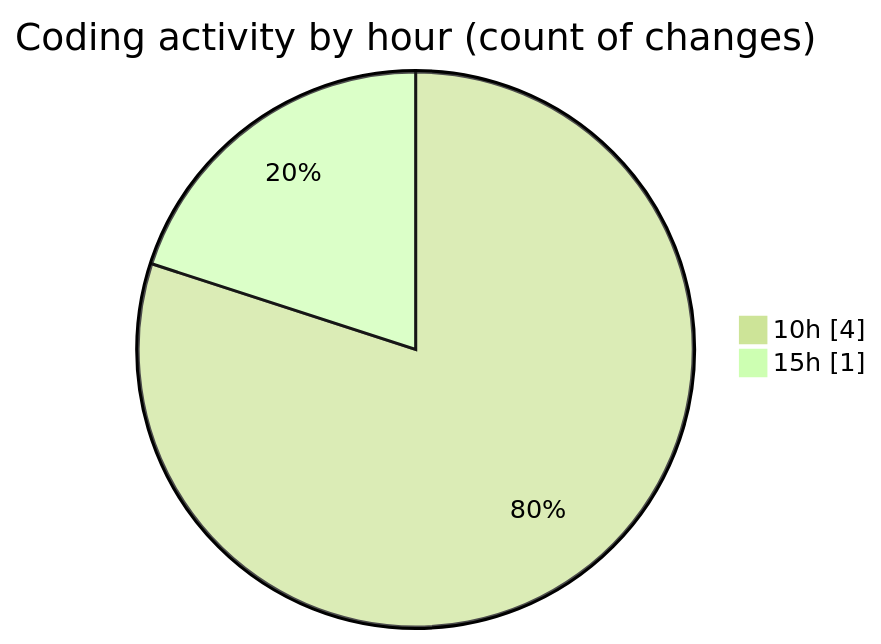
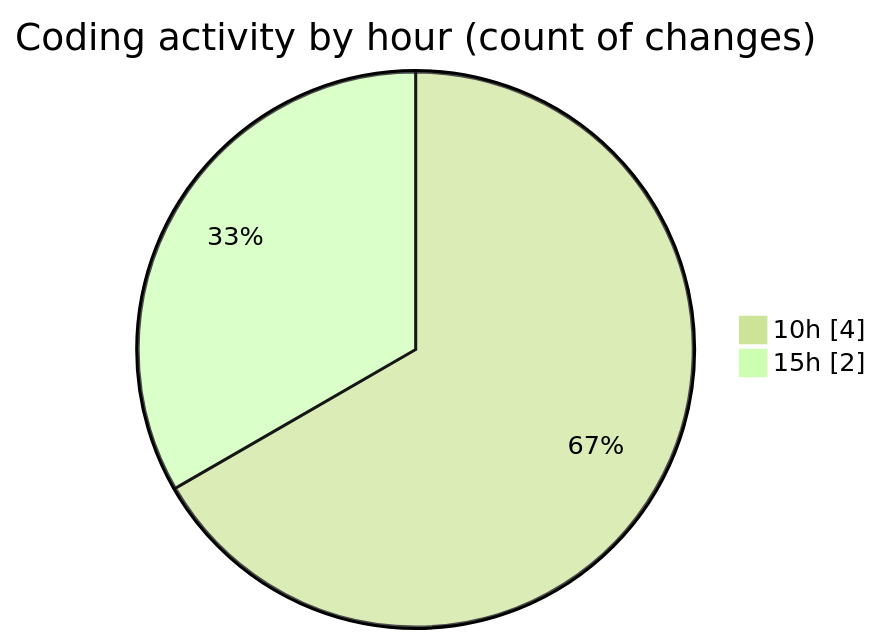
The second of 2 diagrams in 2026-03-03/typescript/README.md (igalym/code-tracking), drawn with Mermaid (forest theme) before and after one commit. The commit also changed other lines of this file and 1 other file, not shown here.

````diff
--- a/2026-03-03/typescript/README.md
+++ b/2026-03-03/typescript/README.md
@@ -28,6 +28,6 @@
 ```mermaid
 pie showData
 title Coding activity by hour (count of changes)
 "10h" : 4
-"15h" : 1
+"15h" : 2
 ```
````
